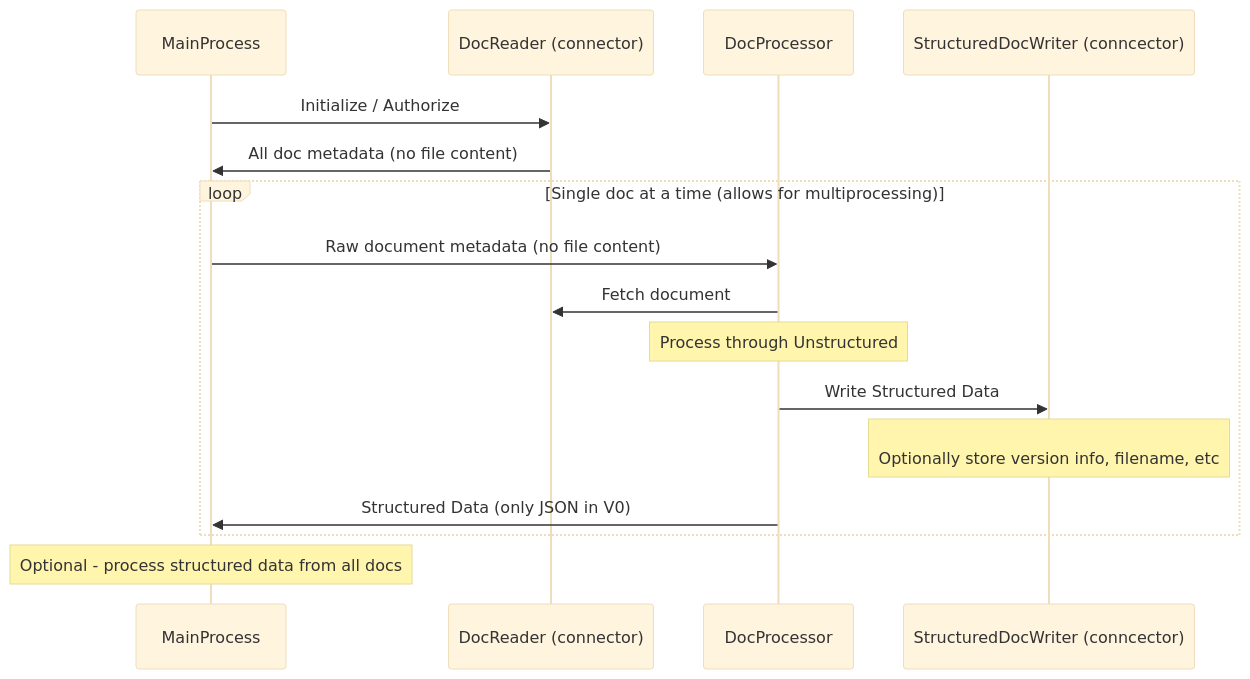
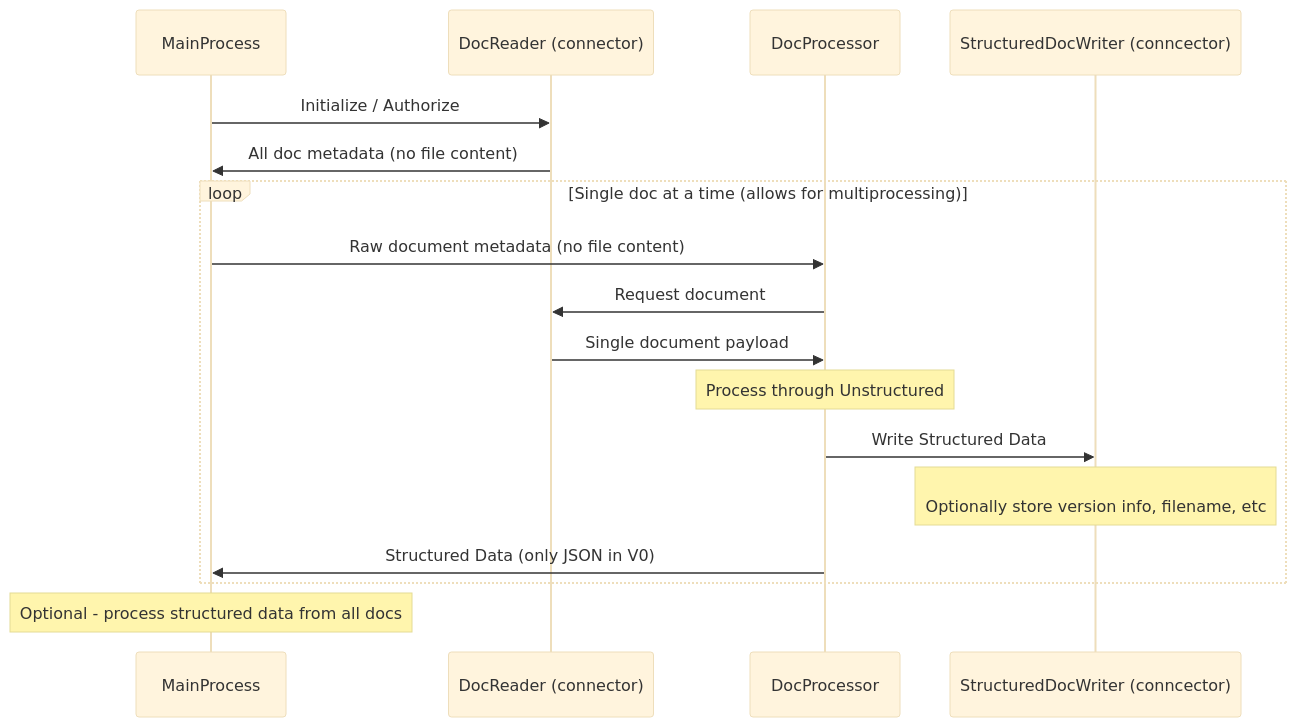
Before and after one commit to cragwolfe/unstructured-ingest: the diagram in README.md, drawn with Mermaid (base theme).

Commit message:
more diagram tweaks

````diff
--- a/README.md
+++ b/README.md
@@ -12,18 +12,19 @@
 ```mermaid
 sequenceDiagram
     participant MainProcess
     participant DocReader (connector)
     participant DocProcessor
     participant StructuredDocWriter (conncector)
     MainProcess->>DocReader (connector): Initialize / Authorize
     DocReader (connector)->>MainProcess: All doc metadata (no file content)
     loop Single doc at a time (allows for multiprocessing)
     MainProcess->>DocProcessor: Raw document metadata (no file content)
-    DocProcessor->>DocReader (connector): Fetch document
+    DocProcessor->>DocReader (connector): Request document
+    DocReader (connector)->>DocProcessor: Single document payload
     Note over DocProcessor: Process through Unstructured
     DocProcessor->>StructuredDocWriter (conncector): Write Structured Data
     Note over StructuredDocWriter (conncector): <br /> Optionally store version info, filename, etc
     DocProcessor->>MainProcess: Structured Data (only JSON in V0)
     end
     Note over MainProcess: Optional - process structured data from all docs
 ```
````
